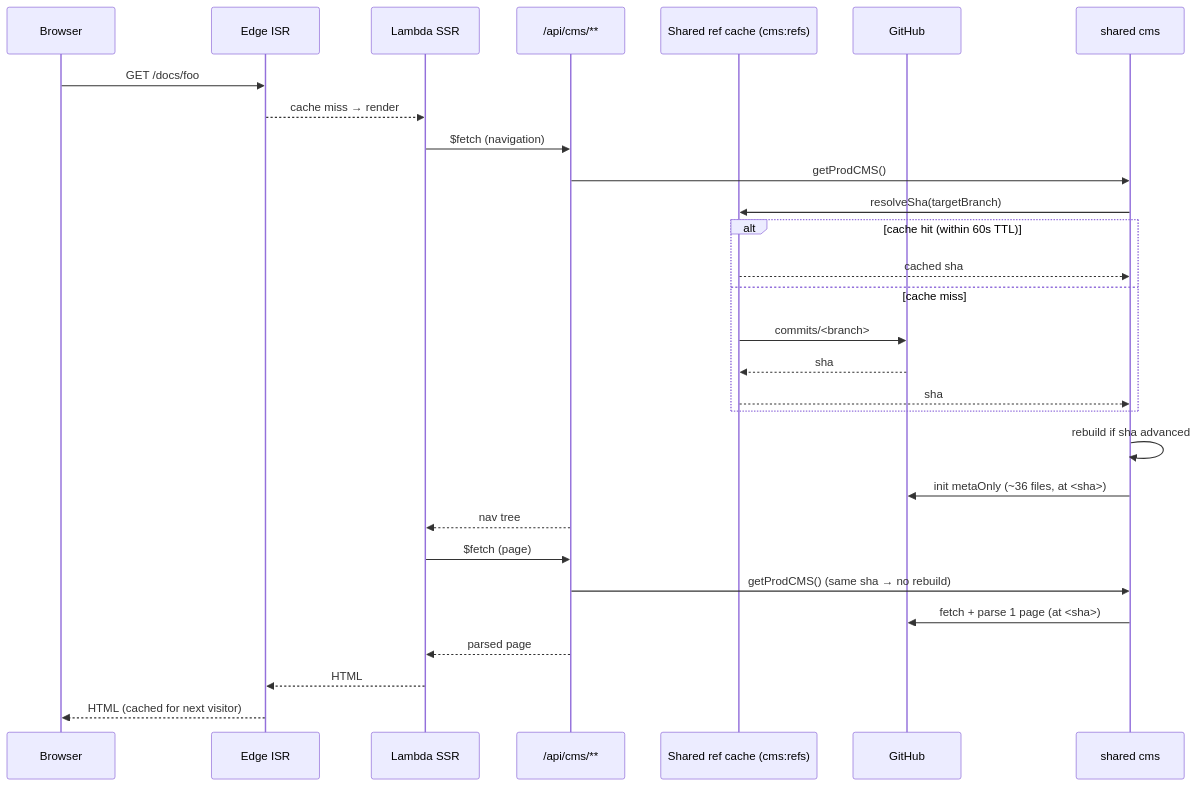
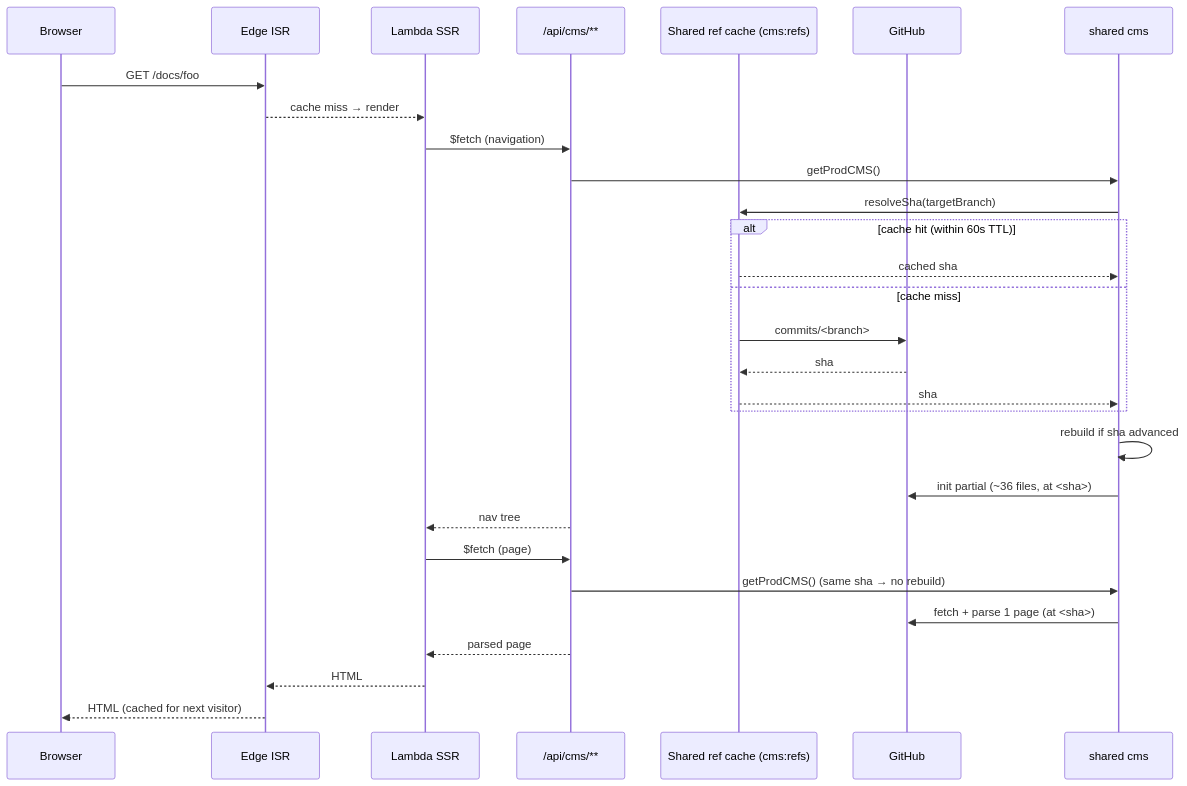
The diagram in docs/cold-page-request.md (comarkdown/comark-docs), drawn with Mermaid before and after one commit. The commit also changed 1 other file, not shown here.

Commit message:
fix(revalidate): keep the body warm-up working across the init rename
comark-cms#77 renamed the CMS `init()` option `metaOnly` to `partial` with no
alias, same polarity. The webhook passed `{ metaOnly: false }`, which the
renamed build ignores — `partial` defaults to true, so the warm-up degraded to
a metadata-only pass with no error and bodies stopped being written into
cms:<sha> ahead of the next cold instance. That is what comark-cms runs today,
since it overrides every copy of @comark/cms onto its workspace build.

0.1.x reads `opts.metaOnly ?? true` and 0.2.0 reads `opts.partial ?? true`,
each ignoring the other's key, so one call with both keys covers both. It has
to be a const: as a fresh literal, excess-property checking rejects whichever
key the installed types don't declare.

The other two `init()` calls take no arguments and default to metadata-only on
both versions, so they are unchanged.

````diff
--- a/docs/cold-page-request.md
+++ b/docs/cold-page-request.md
@@ -5,35 +5,35 @@
 ```mermaid
 sequenceDiagram
   participant Browser
   participant Edge as Edge ISR
   participant SSR as Lambda SSR
   participant CMSRoute as /api/cms/**
   participant Refs as Shared ref cache (cms:refs)
   participant GH as GitHub
   participant CMS as shared cms
 
   Browser->>Edge: GET /docs/foo
   Edge-->>SSR: cache miss → render
 
   SSR->>CMSRoute: $fetch (navigation)
   CMSRoute->>CMS: getProdCMS()
   CMS->>Refs: resolveSha(targetBranch)
   alt cache hit (within 60s TTL)
     Refs-->>CMS: cached sha
   else cache miss
     Refs->>GH: commits/<branch>
     GH-->>Refs: sha
     Refs-->>CMS: sha
   end
   CMS->>CMS: rebuild if sha advanced
-  CMS->>GH: init metaOnly (~36 files, at <sha>)
+  CMS->>GH: init partial (~36 files, at <sha>)
   CMSRoute-->>SSR: nav tree
 
   SSR->>CMSRoute: $fetch (page)
   CMSRoute->>CMS: getProdCMS() (same sha → no rebuild)
   CMS->>GH: fetch + parse 1 page (at <sha>)
   CMSRoute-->>SSR: parsed page
 
   SSR-->>Edge: HTML
   Edge-->>Browser: HTML (cached for next visitor)
 ```
````
